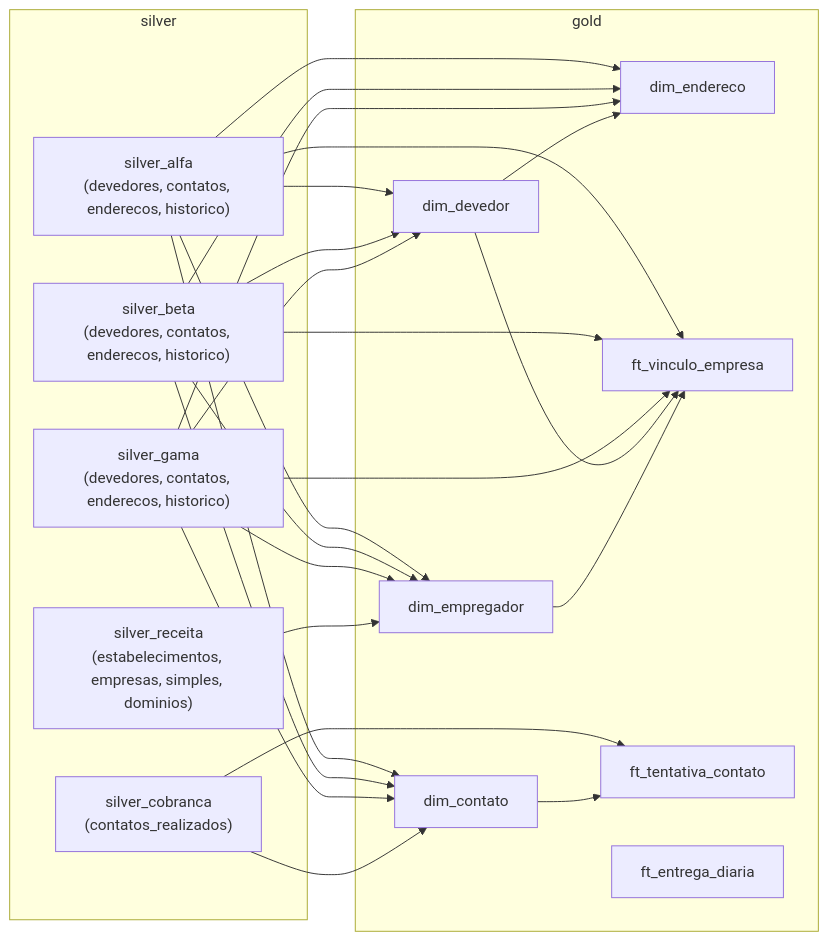
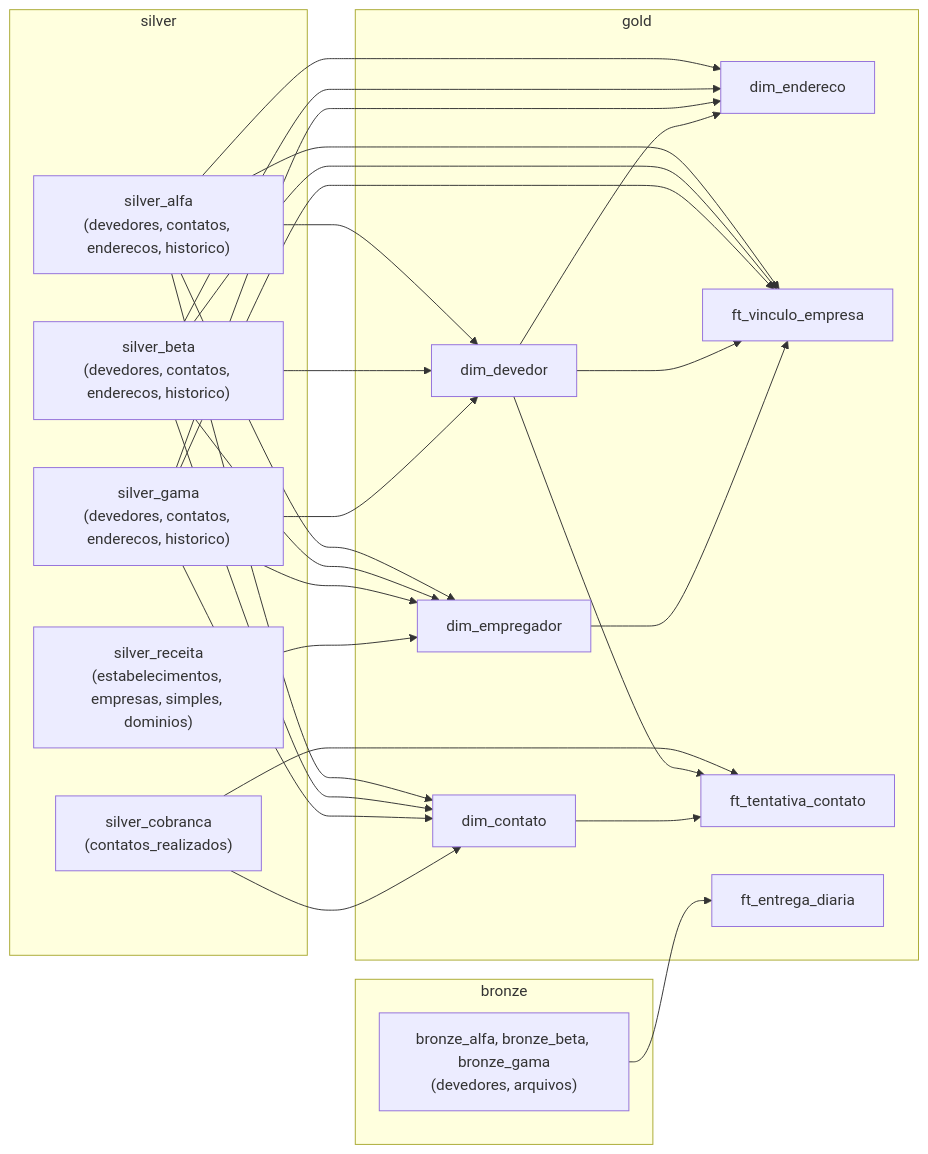
One commit to Sebastian6-6/collections-contact-risk changed the fifth of 5 diagrams in docs/erd.md. Above: the diagram before and after it, drawn with Mermaid. The commit also changed other lines of this file and 1 other file, not shown here.

First line of the commit message:
docs: diagramas conferidos contra o banco e o manifest do dbt

````diff
--- a/docs/erd.md
+++ b/docs/erd.md
@@ -209,41 +212,46 @@
 ```mermaid
 flowchart LR
   subgraph silver
     s_alfa["silver_alfa<br/>(devedores, contatos, enderecos, historico)"]
     s_beta["silver_beta<br/>(devedores, contatos, enderecos, historico)"]
     s_gama["silver_gama<br/>(devedores, contatos, enderecos, historico)"]
     s_cob["silver_cobranca<br/>(contatos_realizados)"]
     s_rec["silver_receita<br/>(estabelecimentos, empresas, simples, dominios)"]
+  end
+  subgraph bronze
+    b_prov["bronze_alfa, bronze_beta, bronze_gama<br/>(devedores, arquivos)"]
   end
   subgraph gold
     d_dev[dim_devedor]
     d_end[dim_endereco]
     d_con[dim_contato]
     d_emp[dim_empregador]
     f_vin[ft_vinculo_empresa]
     f_ten[ft_tentativa_contato]
     f_ent[ft_entrega_diaria]
   end
   s_alfa --> d_dev
   s_beta --> d_dev
   s_gama --> d_dev
   s_alfa --> d_end
   s_beta --> d_end
   s_gama --> d_end
   s_alfa --> d_con
   s_beta --> d_con
   s_gama --> d_con
   s_cob --> d_con
   s_cob --> f_ten
   s_alfa --> f_vin
   s_beta --> f_vin
   s_gama --> f_vin
   s_alfa --> d_emp
   s_beta --> d_emp
   s_gama --> d_emp
   s_rec --> d_emp
   d_dev --> d_end
   d_dev --> f_vin
   d_emp --> f_vin
+  d_dev --> f_ten
   d_con --> f_ten
+  b_prov --> f_ent
 ```
````
